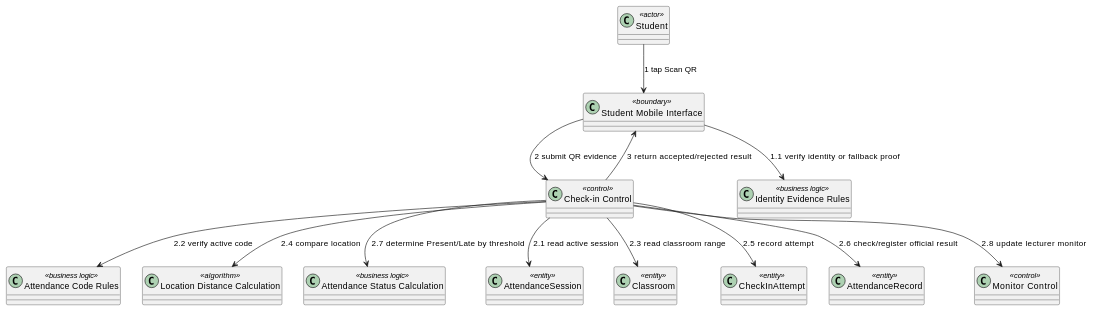
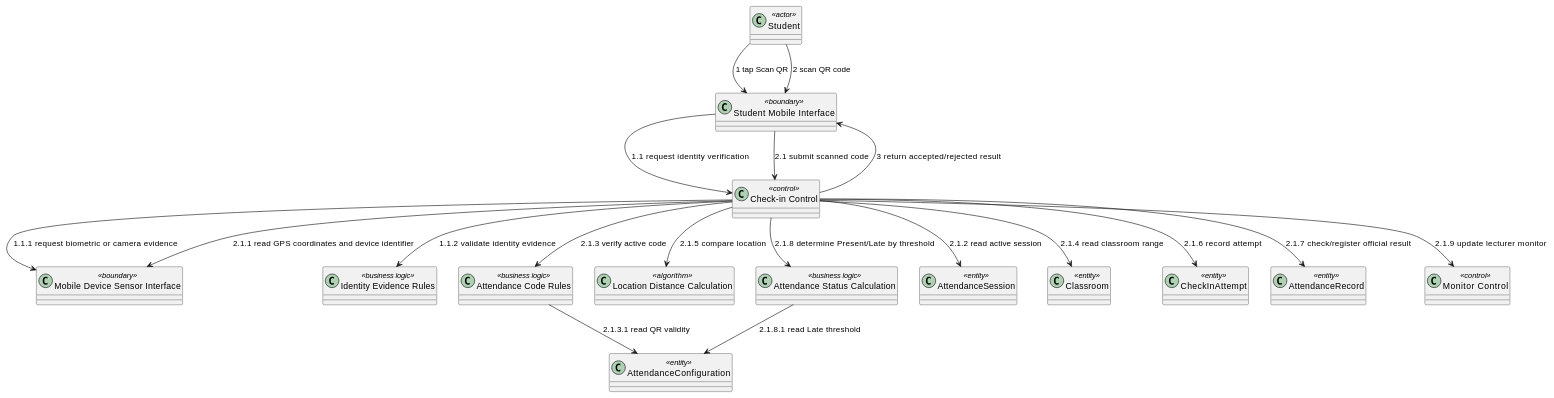
Before and after one commit to nttung42/SWD392: the seventh of 26 diagrams in docs/sds/2_Analysis.md, drawn with PlantUML. The commit also changed other lines of this file, not shown here.

Commit message:
tmp Contextual boundary class diagram

````diff
--- a/docs/sds/2_Analysis.md
+++ b/docs/sds/2_Analysis.md
@@ -389,29 +557,37 @@
 ```plantuml
 @startuml
 class "Student" as Student <<actor>>
 class "Student Mobile Interface" as StudentUI <<boundary>>
 class "Check-in Control" as CheckInControl <<control>>
+class "Mobile Device Sensor Interface" as MobileSensor <<boundary>>
 class "Identity Evidence Rules" as IdentityRules <<business logic>>
 class "Attendance Code Rules" as CodeRules <<business logic>>
 class "Location Distance Calculation" as DistanceCalc <<algorithm>>
 class "Attendance Status Calculation" as StatusRules <<business logic>>
 class "AttendanceSession" as AttendanceSession <<entity>>
+class "AttendanceConfiguration" as AttendanceConfig <<entity>>
 class "Classroom" as Classroom <<entity>>
 class "CheckInAttempt" as CheckInAttempt <<entity>>
 class "AttendanceRecord" as AttendanceRecord <<entity>>
 class "Monitor Control" as MonitorControl <<control>>
 
 Student --> StudentUI : 1 tap Scan QR
-StudentUI --> IdentityRules : 1.1 verify identity or fallback proof
-StudentUI --> CheckInControl : 2 submit QR evidence
-CheckInControl --> AttendanceSession : 2.1 read active session
-CheckInControl --> CodeRules : 2.2 verify active code
-CheckInControl --> Classroom : 2.3 read classroom range
-CheckInControl --> DistanceCalc : 2.4 compare location
-CheckInControl --> CheckInAttempt : 2.5 record attempt
-CheckInControl --> AttendanceRecord : 2.6 check/register official result
-CheckInControl --> StatusRules : 2.7 determine Present/Late by threshold
-CheckInControl --> MonitorControl : 2.8 update lecturer monitor
+StudentUI --> CheckInControl : 1.1 request identity verification
+CheckInControl --> MobileSensor : 1.1.1 request biometric or camera evidence
+CheckInControl --> IdentityRules : 1.1.2 validate identity evidence
+Student --> StudentUI : 2 scan QR code
+StudentUI --> CheckInControl : 2.1 submit scanned code
+CheckInControl --> MobileSensor : 2.1.1 read GPS coordinates and device identifier
+CheckInControl --> AttendanceSession : 2.1.2 read active session
+CheckInControl --> CodeRules : 2.1.3 verify active code
+CodeRules --> AttendanceConfig : 2.1.3.1 read QR validity
+CheckInControl --> Classroom : 2.1.4 read classroom range
+CheckInControl --> DistanceCalc : 2.1.5 compare location
+CheckInControl --> CheckInAttempt : 2.1.6 record attempt
+CheckInControl --> AttendanceRecord : 2.1.7 check/register official result
+CheckInControl --> StatusRules : 2.1.8 determine Present/Late by threshold
+StatusRules --> AttendanceConfig : 2.1.8.1 read Late threshold
+CheckInControl --> MonitorControl : 2.1.9 update lecturer monitor
 CheckInControl --> StudentUI : 3 return accepted/rejected result
 @enduml
 ```
````
